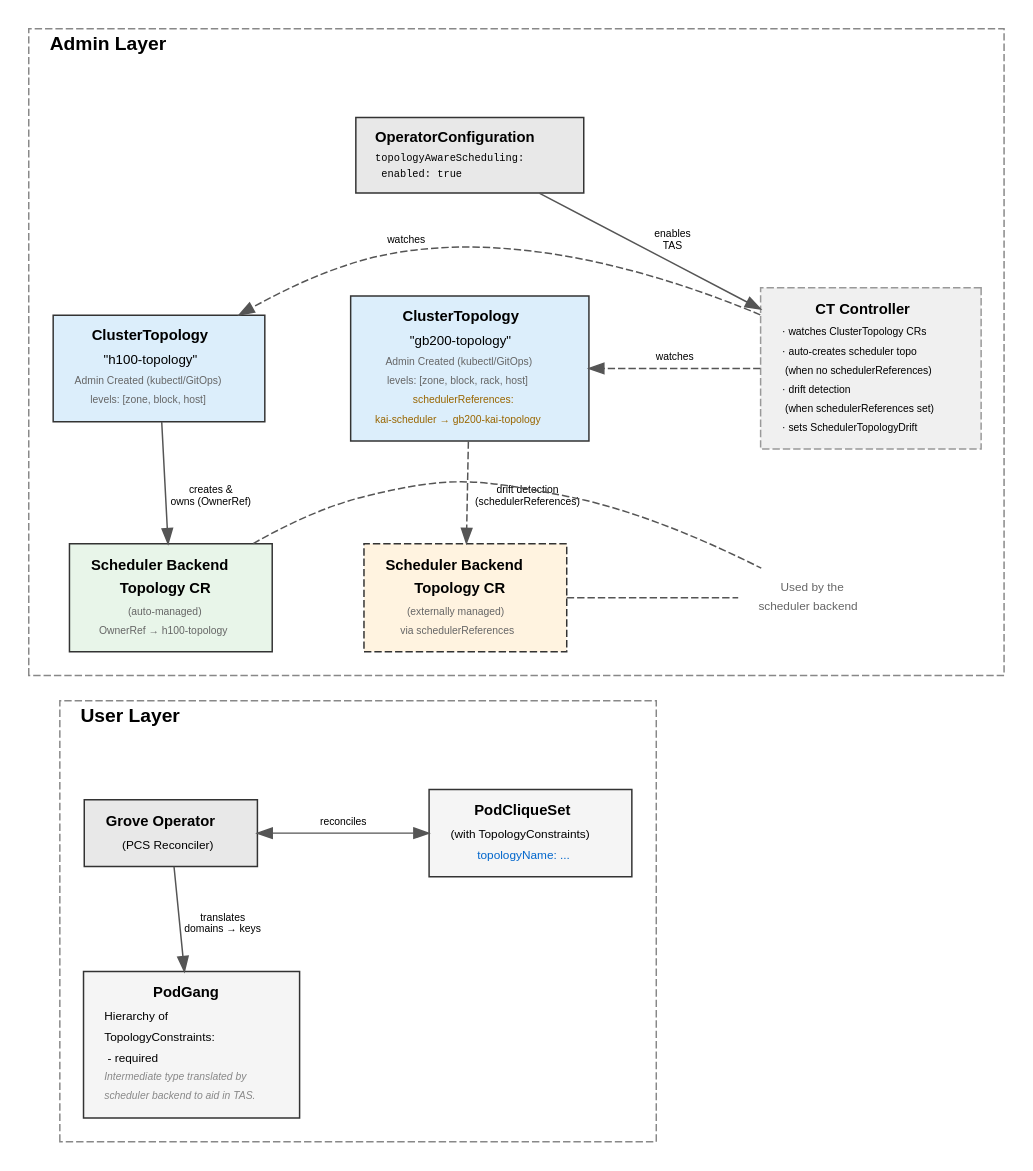
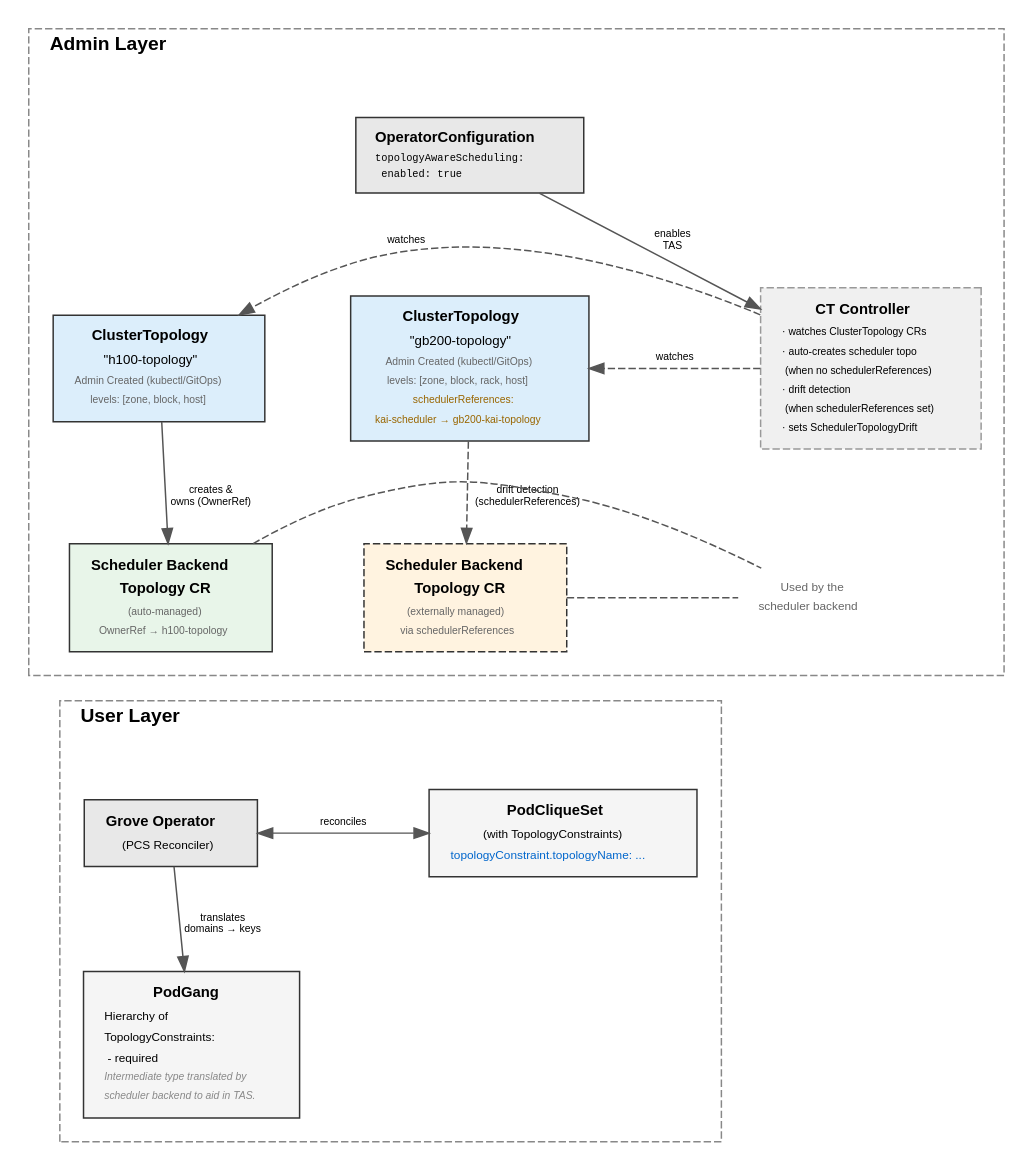
The diagram in docs/proposals/244-topology-aware-scheduling/assets/tas-highlevel-architecture.dot (ai-dynamo/grove), drawn with Graphviz before and after one commit. The commit also changed 3 other files, not shown here.

First line of the commit message:
move topologyName into PCS-level topology constraint struct

```diff
--- a/docs/proposals/244-topology-aware-scheduling/assets/tas-highlevel-architecture.dot
+++ b/docs/proposals/244-topology-aware-scheduling/assets/tas-highlevel-architecture.dot
@@ -1,192 +1,192 @@
 digraph TASArchitecture {
     // Global settings
     rankdir=TB;
     fontname="Helvetica";
     fontsize=11;
     node [fontname="Helvetica", fontsize=10, shape=box, style="filled", fillcolor="#f5f5f5", color="#333333", margin="0.15,0.1"];
     edge [fontname="Helvetica", fontsize=7, color="#555555"];
     nodesep=0.8;
     ranksep=0.65;
     newrank=true;
 
     // ===== ADMIN LAYER =====
     subgraph cluster_admin {
         label="Admin Layer";
         labeljust="l";
         labelloc="t";
         fontsize=13;
         fontname="Helvetica-Bold";
         style="dashed";
         color="#888888";
         bgcolor="#ffffff";
         margin="16";
 
         // Row 1: OperatorConfiguration (simplified — just the TAS flag)
         opconfig [
             label=<
             <TABLE BORDER="0" CELLBORDER="0" CELLSPACING="1" CELLPADDING="1">
             <TR><TD><B>OperatorConfiguration</B></TD></TR>
             <TR><TD ALIGN="LEFT"><FONT POINT-SIZE="7.5" FACE="Courier">topologyAwareScheduling:</FONT></TD></TR>
             <TR><TD ALIGN="LEFT"><FONT POINT-SIZE="7.5" FACE="Courier">  enabled: true</FONT></TD></TR>
             </TABLE>>,
             shape=box,
             fillcolor="#e8e8e8"
         ];
 
         // Row 2: ClusterTopologies + CT Controller
         ct_h100 [
             label=<
             <TABLE BORDER="0" CELLBORDER="0" CELLSPACING="1" CELLPADDING="2">
             <TR><TD><B>ClusterTopology</B></TD></TR>
             <TR><TD><FONT POINT-SIZE="9">"h100-topology"</FONT></TD></TR>
             <TR><TD><FONT POINT-SIZE="7" COLOR="#666666">Admin Created (kubectl/GitOps)</FONT></TD></TR>
             <TR><TD><FONT POINT-SIZE="7" COLOR="#666666">levels: [zone, block, host]</FONT></TD></TR>
             </TABLE>>,
             fillcolor="#dceefb"
         ];
 
         ct_gb200 [
             label=<
             <TABLE BORDER="0" CELLBORDER="0" CELLSPACING="1" CELLPADDING="2">
             <TR><TD><B>ClusterTopology</B></TD></TR>
             <TR><TD><FONT POINT-SIZE="9">"gb200-topology"</FONT></TD></TR>
             <TR><TD><FONT POINT-SIZE="7" COLOR="#666666">Admin Created (kubectl/GitOps)</FONT></TD></TR>
             <TR><TD><FONT POINT-SIZE="7" COLOR="#666666">levels: [zone, block, rack, host]</FONT></TD></TR>
             <TR><TD><FONT POINT-SIZE="7" COLOR="#996600">schedulerReferences:</FONT></TD></TR>
             <TR><TD><FONT POINT-SIZE="7" COLOR="#996600">  kai-scheduler → gb200-kai-topology</FONT></TD></TR>
             </TABLE>>,
             fillcolor="#dceefb"
         ];
 
         ct_controller [
             label=<
             <TABLE BORDER="0" CELLBORDER="0" CELLSPACING="1" CELLPADDING="2">
             <TR><TD><B>CT Controller</B></TD></TR>
             <TR><TD ALIGN="LEFT"><FONT POINT-SIZE="7">· watches ClusterTopology CRs</FONT></TD></TR>
             <TR><TD ALIGN="LEFT"><FONT POINT-SIZE="7">· auto-creates scheduler topo</FONT></TD></TR>
             <TR><TD ALIGN="LEFT"><FONT POINT-SIZE="7">  (when no schedulerReferences)</FONT></TD></TR>
             <TR><TD ALIGN="LEFT"><FONT POINT-SIZE="7">· drift detection</FONT></TD></TR>
             <TR><TD ALIGN="LEFT"><FONT POINT-SIZE="7">  (when schedulerReferences set)</FONT></TD></TR>
             <TR><TD ALIGN="LEFT"><FONT POINT-SIZE="7">· sets SchedulerTopologyDrift</FONT></TD></TR>
             </TABLE>>,
             shape=box,
             style="filled,dashed",
             fillcolor="#f0f0f0",
             color="#999999"
         ];
 
         // Row 3: Scheduler Backend Topology CRs
         sched_h100 [
             label=<
             <TABLE BORDER="0" CELLBORDER="0" CELLSPACING="1" CELLPADDING="2">
             <TR><TD><B>Scheduler Backend</B></TD></TR>
             <TR><TD><B>Topology CR</B></TD></TR>
             <TR><TD><FONT POINT-SIZE="7" COLOR="#666666">(auto-managed)</FONT></TD></TR>
             <TR><TD><FONT POINT-SIZE="7" COLOR="#666666">OwnerRef → h100-topology</FONT></TD></TR>
             </TABLE>>,
             fillcolor="#e8f5e9"
         ];
 
         sched_gb200 [
             label=<
             <TABLE BORDER="0" CELLBORDER="0" CELLSPACING="1" CELLPADDING="2">
             <TR><TD><B>Scheduler Backend</B></TD></TR>
             <TR><TD><B>Topology CR</B></TD></TR>
             <TR><TD><FONT POINT-SIZE="7" COLOR="#666666">(externally managed)</FONT></TD></TR>
             <TR><TD><FONT POINT-SIZE="7" COLOR="#666666">via schedulerReferences</FONT></TD></TR>
             </TABLE>>,
             fillcolor="#fff3e0",
             style="filled,dashed"
         ];
 
         scheduler_label [
             label=<
             <TABLE BORDER="0" CELLBORDER="0" CELLSPACING="0">
             <TR><TD><FONT POINT-SIZE="8" COLOR="#666666">Used by the</FONT></TD></TR>
             <TR><TD><FONT POINT-SIZE="8" COLOR="#666666">scheduler backend</FONT></TD></TR>
             </TABLE>>,
             shape=plaintext,
             fillcolor="transparent",
             style=""
         ];
 
         // Row ranking within admin
         {rank=same; ct_h100; ct_gb200; ct_controller}
         {rank=same; sched_h100; sched_gb200; scheduler_label}
     }
 
     // ===== USER LAYER =====
     subgraph cluster_user {
         label="User Layer";
         labeljust="l";
         labelloc="t";
         fontsize=13;
         fontname="Helvetica-Bold";
         style="dashed";
         color="#888888";
         bgcolor="#ffffff";
         margin="16";
 
         grove_operator [
             label=<
             <TABLE BORDER="0" CELLBORDER="0" CELLSPACING="1" CELLPADDING="2">
             <TR><TD><B>Grove Operator</B></TD></TR>
             <TR><TD><FONT POINT-SIZE="8">(PCS Reconciler)</FONT></TD></TR>
             </TABLE>>,
             fillcolor="#e8e8e8"
         ];
 
         pcs [
             label=<
             <TABLE BORDER="0" CELLBORDER="0" CELLSPACING="1" CELLPADDING="2">
             <TR><TD><B>PodCliqueSet</B></TD></TR>
             <TR><TD><FONT POINT-SIZE="8">(with TopologyConstraints)</FONT></TD></TR>
-            <TR><TD><FONT POINT-SIZE="8" COLOR="#0066cc">topologyName: ...</FONT></TD></TR>
+            <TR><TD><FONT POINT-SIZE="8" COLOR="#0066cc">topologyConstraint.topologyName: ...</FONT></TD></TR>
             </TABLE>>,
             fillcolor="#f5f5f5"
         ];
 
         podgang [
             label=<
             <TABLE BORDER="0" CELLBORDER="0" CELLSPACING="1" CELLPADDING="2">
             <TR><TD><B>PodGang</B></TD></TR>
             <TR><TD ALIGN="LEFT"><FONT POINT-SIZE="8">Hierarchy of</FONT></TD></TR>
             <TR><TD ALIGN="LEFT"><FONT POINT-SIZE="8">TopologyConstraints:</FONT></TD></TR>
             <TR><TD ALIGN="LEFT"><FONT POINT-SIZE="8">  - required</FONT></TD></TR>
             <TR><TD><FONT POINT-SIZE="7" COLOR="#888888"><I>Intermediate type translated by</I></FONT></TD></TR>
             <TR><TD><FONT POINT-SIZE="7" COLOR="#888888"><I>scheduler backend to aid in TAS.</I></FONT></TD></TR>
             </TABLE>>,
             fillcolor="#f5f5f5"
         ];
 
         {rank=same; grove_operator; pcs}
     }
 
     // ===== EDGES =====
 
     // Admin Layer: OperatorConfiguration -> CT Controller
     opconfig -> ct_controller [label="  enables\n  TAS"];
 
     // Layout: keep CTs below OperatorConfiguration
     opconfig -> ct_h100 [style=invis];
     opconfig -> ct_gb200 [style=invis];
 
     // Admin Layer: CT Controller watches ClusterTopologies
     ct_controller -> ct_h100 [label="watches", style=dashed, constraint=false];
     ct_controller -> ct_gb200 [label="watches", style=dashed, constraint=false];
 
     // Admin Layer: ClusterTopology -> Scheduler Backend
     ct_h100 -> sched_h100 [label="creates &\nowns (OwnerRef)"];
     ct_gb200 -> sched_gb200 [label="drift detection\n(schedulerReferences)", style=dashed];
 
     // Admin Layer: Scheduler Backend -> label
     sched_h100 -> scheduler_label [style=dashed, arrowhead=none];
     sched_gb200 -> scheduler_label [style=dashed, arrowhead=none];
 
     // User Layer internal
     grove_operator -> pcs [label="reconciles", dir=both];
     grove_operator -> podgang [label="translates\ndomains → keys"];
 
     // Layout: force user layer below admin layer
     sched_h100 -> grove_operator [style=invis];
 }
```
